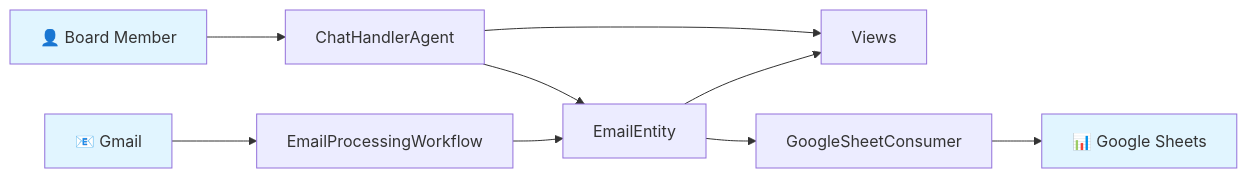
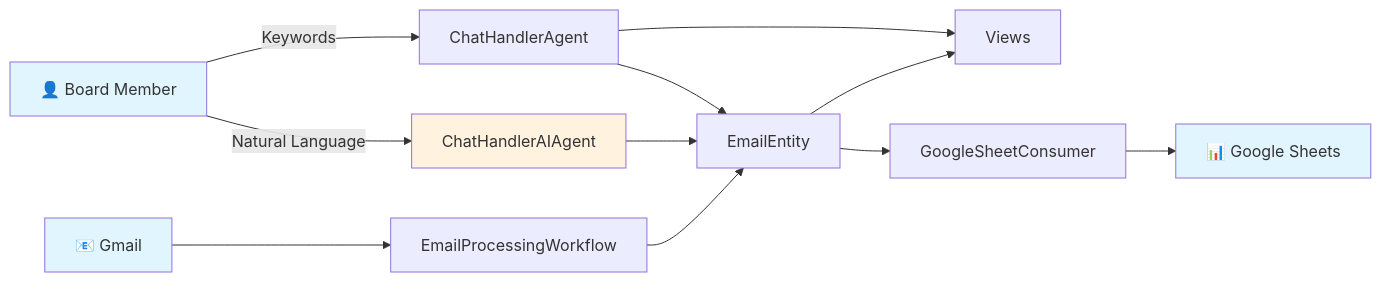
The first of 2 diagrams in ARCHITECTURE.md (wbern/community-assistant), drawn with Mermaid before and after one commit. The commit also changed other lines of this file and 12 other files, not shown here.

````diff
--- a/ARCHITECTURE.md
+++ b/ARCHITECTURE.md
@@ -27,15 +27,18 @@
 ```mermaid
 flowchart LR
     Gmail[📧 Gmail] --> Workflow[EmailProcessingWorkflow]
     Workflow --> Entity[EmailEntity]
     Entity --> Views[Views]
     Entity --> Consumer[GoogleSheetConsumer]
     Consumer --> Sheets[📊 Google Sheets]
-    Board[👤 Board Member] --> Chat[ChatHandlerAgent]
+    Board[👤 Board Member] -->|Natural Language| ChatAI[ChatHandlerAIAgent]
+    Board -->|Keywords| Chat[ChatHandlerAgent]
+    ChatAI --> Entity
     Chat --> Views
     Chat --> Entity
 
     style Gmail fill:#e1f5ff
     style Board fill:#e1f5ff
     style Sheets fill:#e1f5ff
+    style ChatAI fill:#fff3e0
 ```
````
